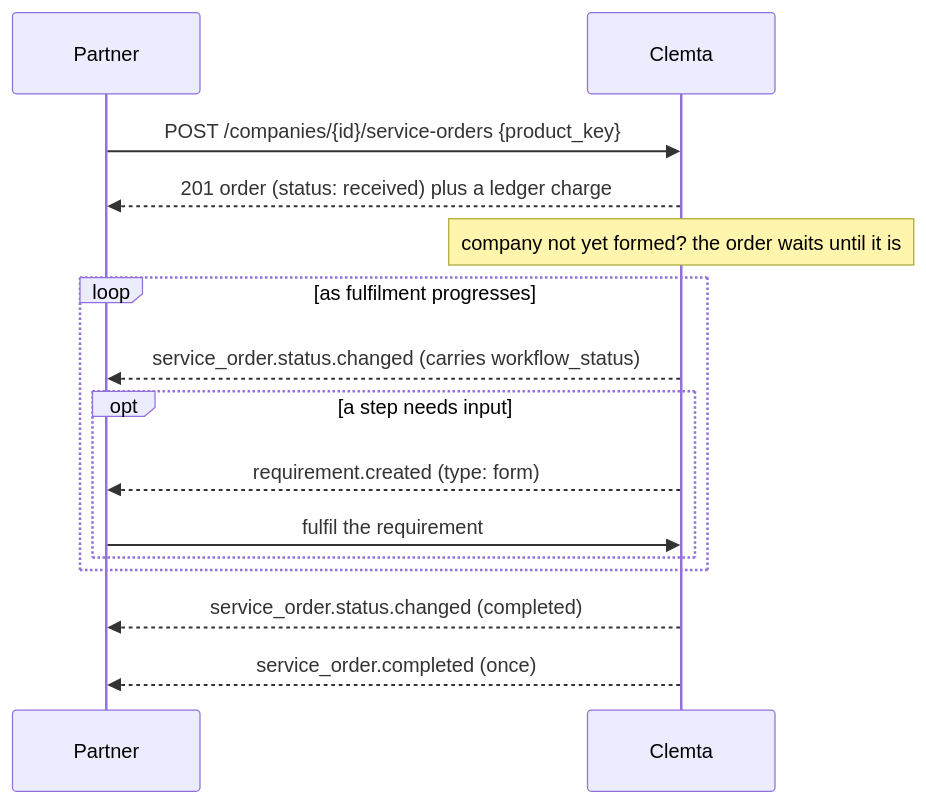
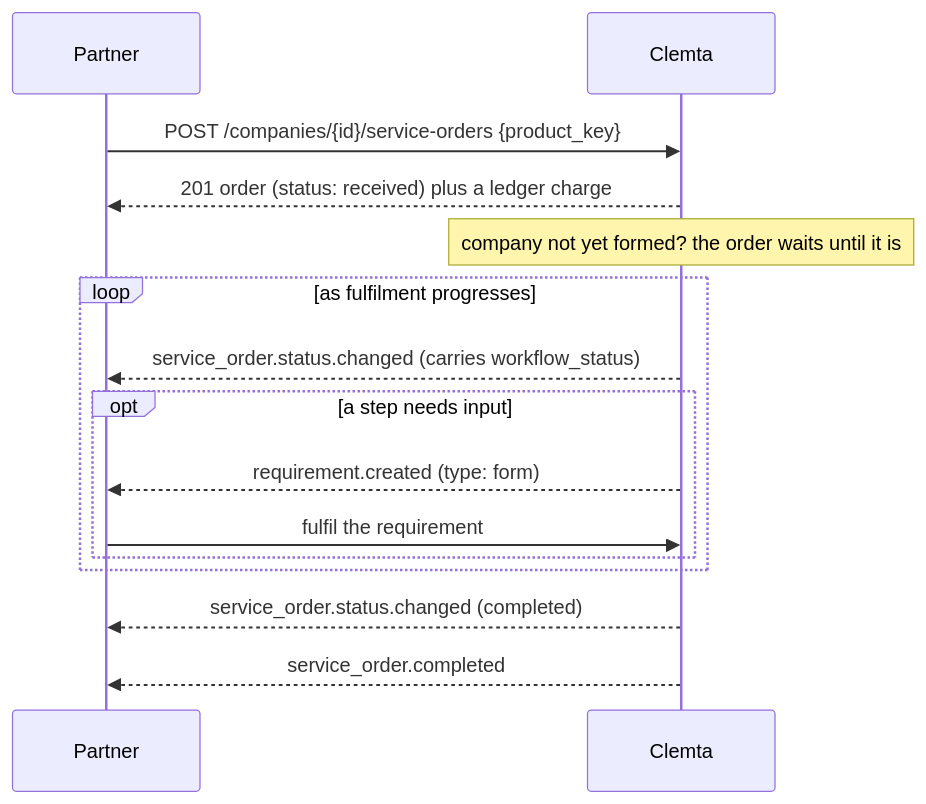
Before and after one commit to Clemta/docs: the first of 3 diagrams in partner/service-orders.mdx, drawn with Mermaid. The commit also changed other lines of this file and 3 other files, not shown here.

Commit message:
docs: document service order reopening after completion and repeat completed event

````diff
--- a/partner/service-orders.mdx
+++ b/partner/service-orders.mdx
@@ -25,17 +25,17 @@
 ```mermaid
 sequenceDiagram
   participant P as Partner
   participant C as Clemta
   P->>C: POST /companies/{id}/service-orders {product_key}
   C-->>P: 201 order (status: received) plus a ledger charge
   Note over C: company not yet formed? the order waits until it is
   loop as fulfilment progresses
     C-->>P: service_order.status.changed (carries workflow_status)
     opt a step needs input
       C-->>P: requirement.created (type: form)
       P->>C: fulfil the requirement
     end
   end
   C-->>P: service_order.status.changed (completed)
-  C-->>P: service_order.completed (once)
+  C-->>P: service_order.completed
 ```
````
